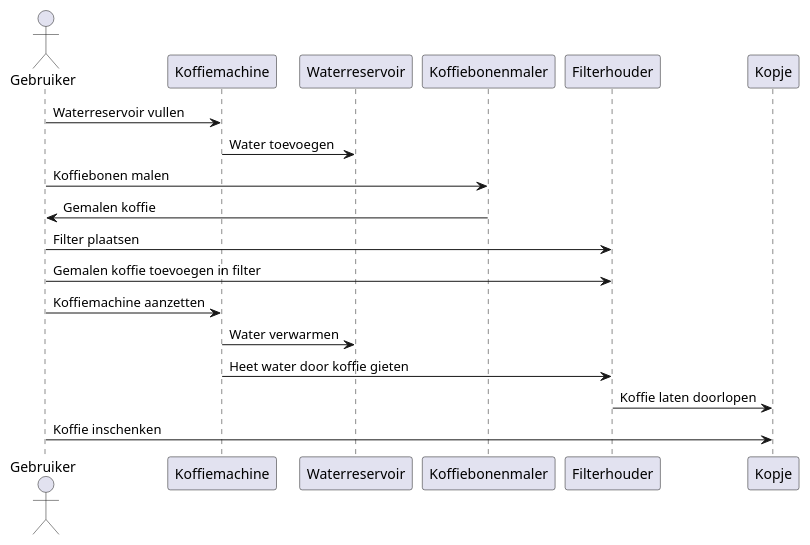
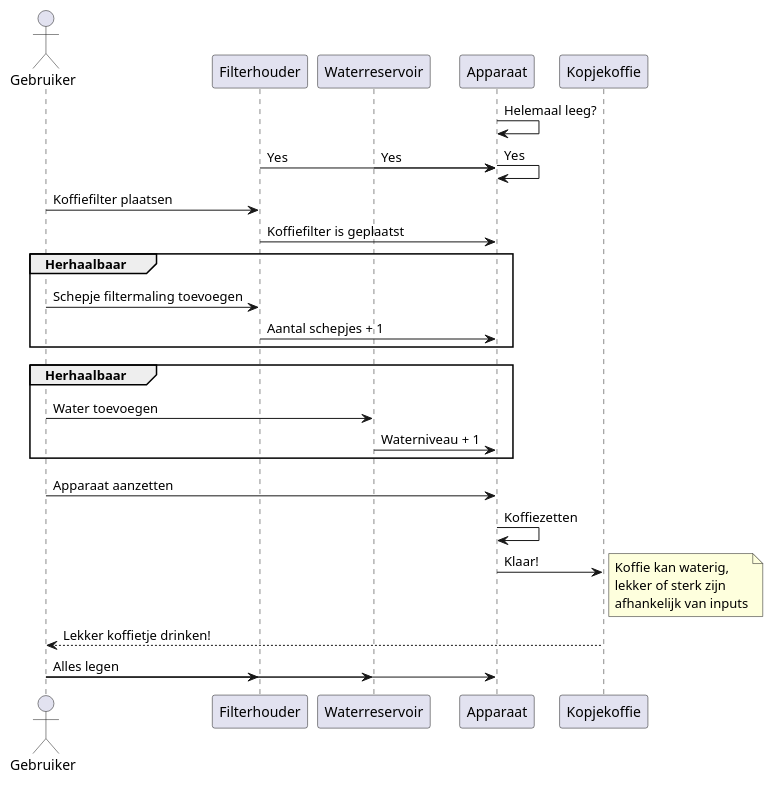
Before and after one commit to SanderV8/KoffieZettenDiagram: the diagram in src/chapter_1.md, drawn with PlantUML. The commit also changed other lines of this file, not shown here.

Commit message:
Chapters opnieuw indelen, 1 voor oude opdracht, 1 voor herkansing

````diff
--- a/src/chapter_1.md
+++ b/src/chapter_1.md
@@ -3,28 +3,50 @@
 ```plantuml
 
 @startuml 
 actor Gebruiker
-participant "Koffiemachine" as Machine
-participant "Waterreservoir" as Reservoir
-participant "Koffiebonenmaler" as Maler
-participant "Filterhouder" as Filter
-participant "Kopje" as Kopje
+participant Filterhouder
+participant Waterreservoir
+participant Apparaat
+participant Kopjekoffie
+!pragma teoz true
 
-Gebruiker -> Machine: Waterreservoir vullen
-Machine -> Reservoir: Water toevoegen
+Apparaat -> Apparaat : Helemaal leeg?
+Filterhouder -> Apparaat : Yes
+& Waterreservoir -> Apparaat : Yes
+& Apparaat -> Apparaat : Yes
 
-Gebruiker -> Maler: Koffiebonen malen
-Maler -> Gebruiker: Gemalen koffie
+Gebruiker -> Filterhouder : Koffiefilter plaatsen
+Filterhouder -> Apparaat : Koffiefilter is geplaatst
 
-Gebruiker -> Filter: Filter plaatsen
-Gebruiker -> Filter: Gemalen koffie toevoegen in filter
+Group Herhaalbaar
 
-Gebruiker -> Machine: Koffiemachine aanzetten
-Machine -> Reservoir: Water verwarmen
-Machine -> Filter: Heet water door koffie gieten
-Filter -> Kopje: Koffie laten doorlopen
+    Gebruiker -> Filterhouder : Schepje filtermaling toevoegen
+    Filterhouder -> Apparaat : Aantal schepjes + 1
 
-Gebruiker -> Kopje: Koffie inschenken
+end
+
+Group Herhaalbaar
+
+    Gebruiker -> Waterreservoir : Water toevoegen
+    Waterreservoir -> Apparaat : Waterniveau + 1
+
+end
+
+Gebruiker -> Apparaat : Apparaat aanzetten
+Apparaat -> Apparaat : Koffiezetten
+
+Apparaat -> Kopjekoffie : Klaar!
+note right
+Koffie kan waterig,
+lekker of sterk zijn
+afhankelijk van inputs
+end note
+
+Kopjekoffie --> Gebruiker : Lekker koffietje drinken!
+
+Gebruiker -> Filterhouder : Alles legen
+& Gebruiker -> Waterreservoir
+& Gebruiker -> Apparaat
 
 @enduml
 ```
````
